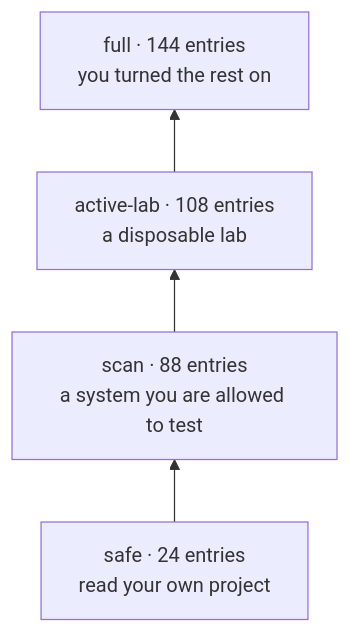
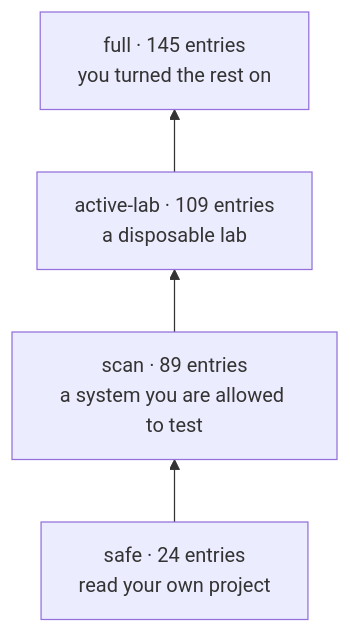
The third of 12 diagrams in README.md (Coff0xc/AutoRedTeam-Orchestrator), drawn with Mermaid before and after one commit. The commit also changed other lines of this file and 8 other files, not shown here.

````diff
--- a/README.md
+++ b/README.md
@@ -117,8 +117,8 @@
 ```mermaid
 flowchart BT
   safe["safe · 24 entries<br/>read your own project"]
-  scan["scan · 88 entries<br/>a system you are allowed to test"]
-  lab["active-lab · 108 entries<br/>a disposable lab"]
-  full["full · 144 entries<br/>you turned the rest on"]
+  scan["scan · 89 entries<br/>a system you are allowed to test"]
+  lab["active-lab · 109 entries<br/>a disposable lab"]
+  full["full · 145 entries<br/>you turned the rest on"]
   safe --> scan --> lab --> full
 ```
````
